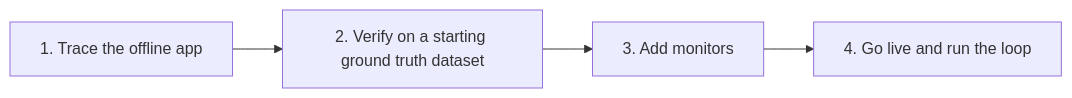
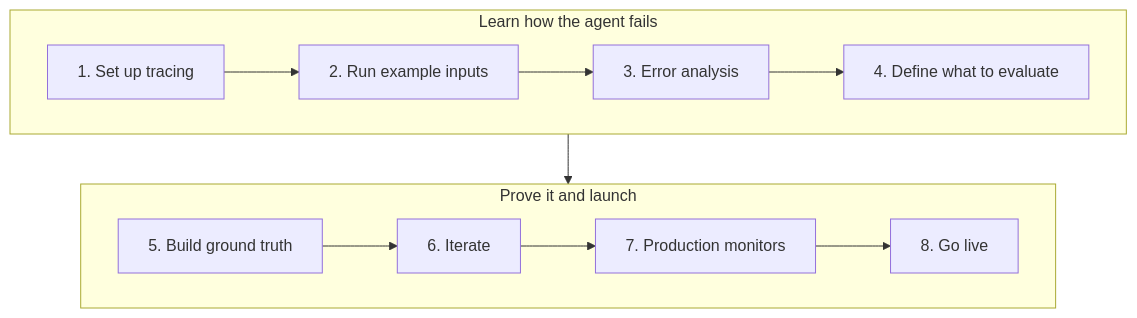
Before and after one commit to langfuse/langfuse-docs: the diagram in content/blog/2026-10-22-regulated-industries-ai-agents-production.mdx, drawn with Mermaid. The commit also changed other lines of this file, not shown here.

Commit message:
Restructure post into eight steps from tracing to go-live

````diff
--- a/content/blog/2026-10-22-regulated-industries-ai-agents-production.mdx
+++ b/content/blog/2026-10-22-regulated-industries-ai-agents-production.mdx
@@ -41,6 +41,12 @@
 ```mermaid
-flowchart LR
-    A["1. Trace the offline app"] --> B["2. Verify on a starting ground truth dataset"]
-    B --> C["3. Add monitors"]
-    C --> D["4. Go live and run the loop"]
+flowchart TB
+    subgraph learn["Learn how the agent fails"]
+        direction LR
+        A["1. Set up tracing"] --> B["2. Run example inputs"] --> C["3. Error analysis"] --> D["4. Define what to evaluate"]
+    end
+    subgraph ship["Prove it and launch"]
+        direction LR
+        E["5. Build ground truth"] --> F["6. Iterate"] --> G["7. Production monitors"] --> H["8. Go live"]
+    end
+    learn --> ship
 ```
````
